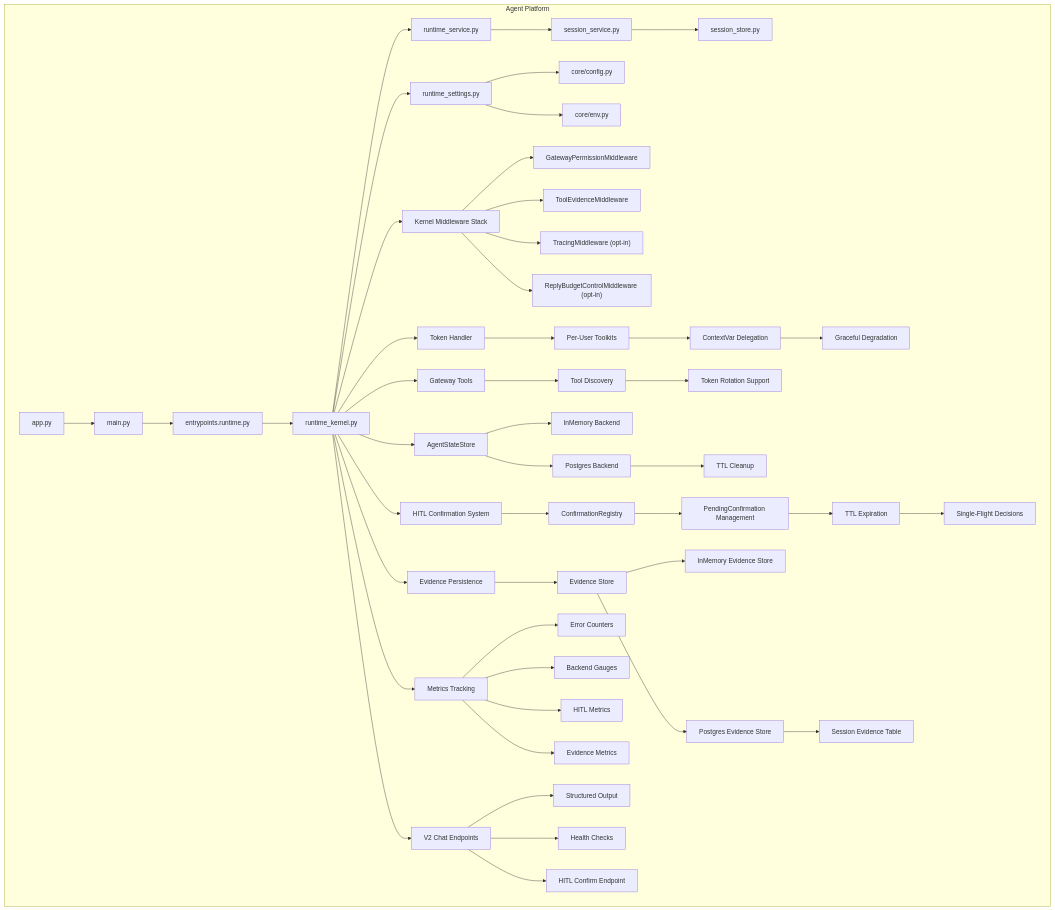
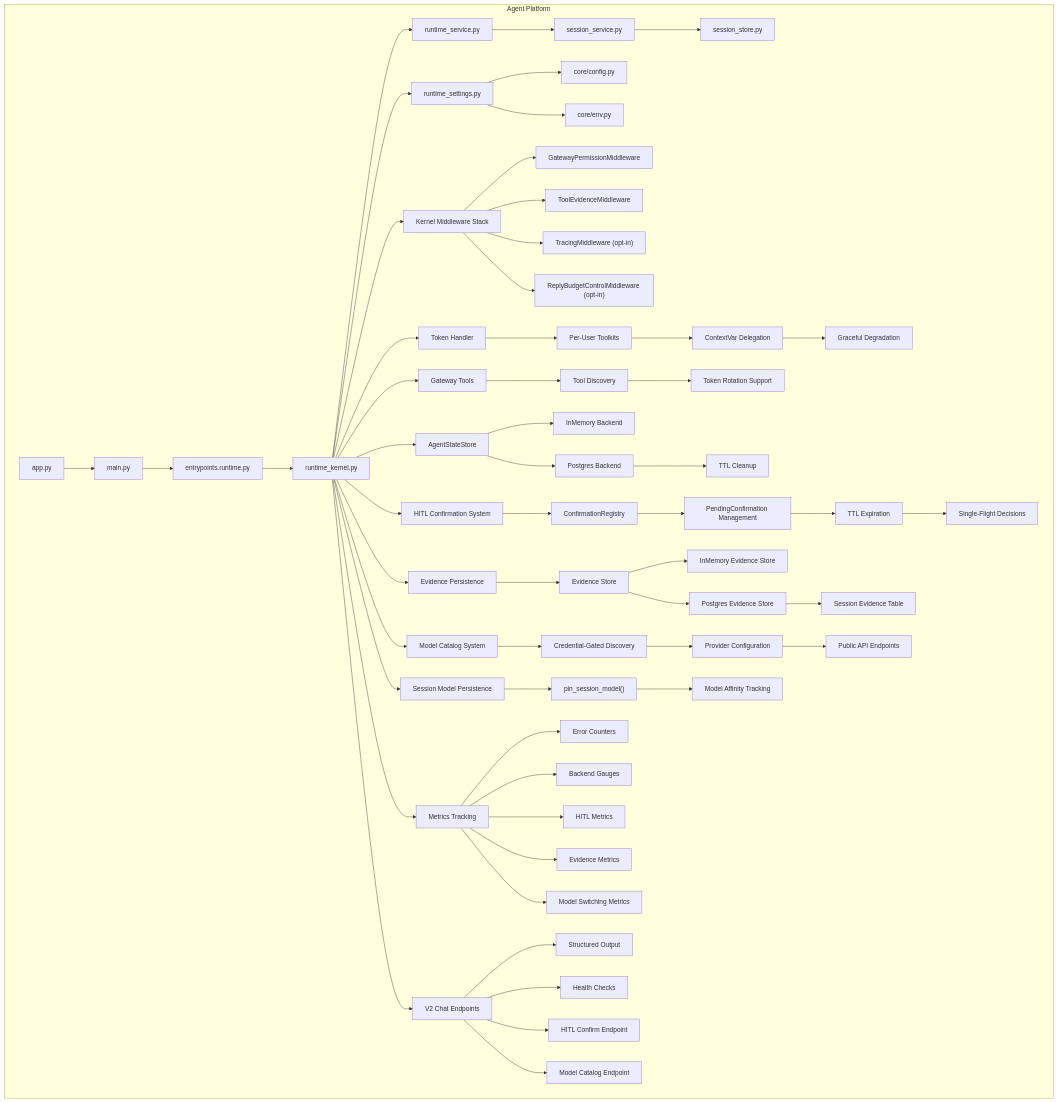
Before and after one commit to metasync/luban-aiops: the first of 4 diagrams in .qoder/repowiki/en/content/Agent Platform Service/Runtime Kernel and Agent Lifecycle.md, drawn with Mermaid. The commit also changed other lines of this file and 24 other files, not shown here.

````diff
--- a/.qoder/repowiki/en/content/Agent Platform Service/Runtime Kernel and Agent Lifecycle.md
+++ b/.qoder/repowiki/en/content/Agent Platform Service/Runtime Kernel and Agent Lifecycle.md
@@ -60,49 +65,58 @@
 ```mermaid
 graph TB
 subgraph "Agent Platform"
 A["app.py"] --> B["main.py"]
 B --> C["entrypoints.runtime.py"]
 C --> D["runtime_kernel.py"]
 D --> E["runtime_service.py"]
 E --> F["session_service.py"]
 F --> G["session_store.py"]
 D --> H["runtime_settings.py"]
 H --> I["core/config.py"]
 H --> J["core/env.py"]
 D --> K["Kernel Middleware Stack"]
 K --> L["GatewayPermissionMiddleware"]
 K --> M["ToolEvidenceMiddleware"]
 K --> N["TracingMiddleware (opt-in)"]
 K --> O["ReplyBudgetControlMiddleware (opt-in)"]
 D --> P["Token Handler"]
 P --> Q["Per-User Toolkits"]
 Q --> R["ContextVar Delegation"]
 R --> S["Graceful Degradation"]
 D --> T["Gateway Tools"]
 T --> U["Tool Discovery"]
 U --> V["Token Rotation Support"]
 D --> W["AgentStateStore"]
 W --> X["InMemory Backend"]
 W --> Y["Postgres Backend"]
 Y --> Z["TTL Cleanup"]
 D --> AA["HITL Confirmation System"]
 AA --> BB["ConfirmationRegistry"]
 BB --> CC["PendingConfirmation Management"]
 CC --> DD["TTL Expiration"]
 DD --> EE["Single-Flight Decisions"]
 D --> FF["Evidence Persistence"]
 FF --> GG["Evidence Store"]
 GG --> HH["InMemory Evidence Store"]
 GG --> II["Postgres Evidence Store"]
 II --> JJ["Session Evidence Table"]
-D --> KK["Metrics Tracking"]
-KK --> LL["Error Counters"]
-KK --> MM["Backend Gauges"]
-KK --> NN["HITL Metrics"]
-KK --> OO["Evidence Metrics"]
-D --> PP["V2 Chat Endpoints"]
-PP --> QQ["Structured Output"]
-PP --> RR["Health Checks"]
-PP --> SS["HITL Confirm Endpoint"]
+D --> KK["Model Catalog System"]
+KK --> LL["Credential-Gated Discovery"]
+LL --> MM["Provider Configuration"]
+MM --> NN["Public API Endpoints"]
+D --> OO["Session Model Persistence"]
+OO --> PP["pin_session_model()"]
+PP --> QQ["Model Affinity Tracking"]
+D --> RR["Metrics Tracking"]
+RR --> SS["Error Counters"]
+RR --> TT["Backend Gauges"]
+RR --> UU["HITL Metrics"]
+RR --> VV["Evidence Metrics"]
+RR --> WW["Model Switching Metrics"]
+D --> XX["V2 Chat Endpoints"]
+XX --> YY["Structured Output"]
+XX --> ZZ["Health Checks"]
+XX --> AAA["HITL Confirm Endpoint"]
+XX --> BBB["Model Catalog Endpoint"]
 end
 ```
````
